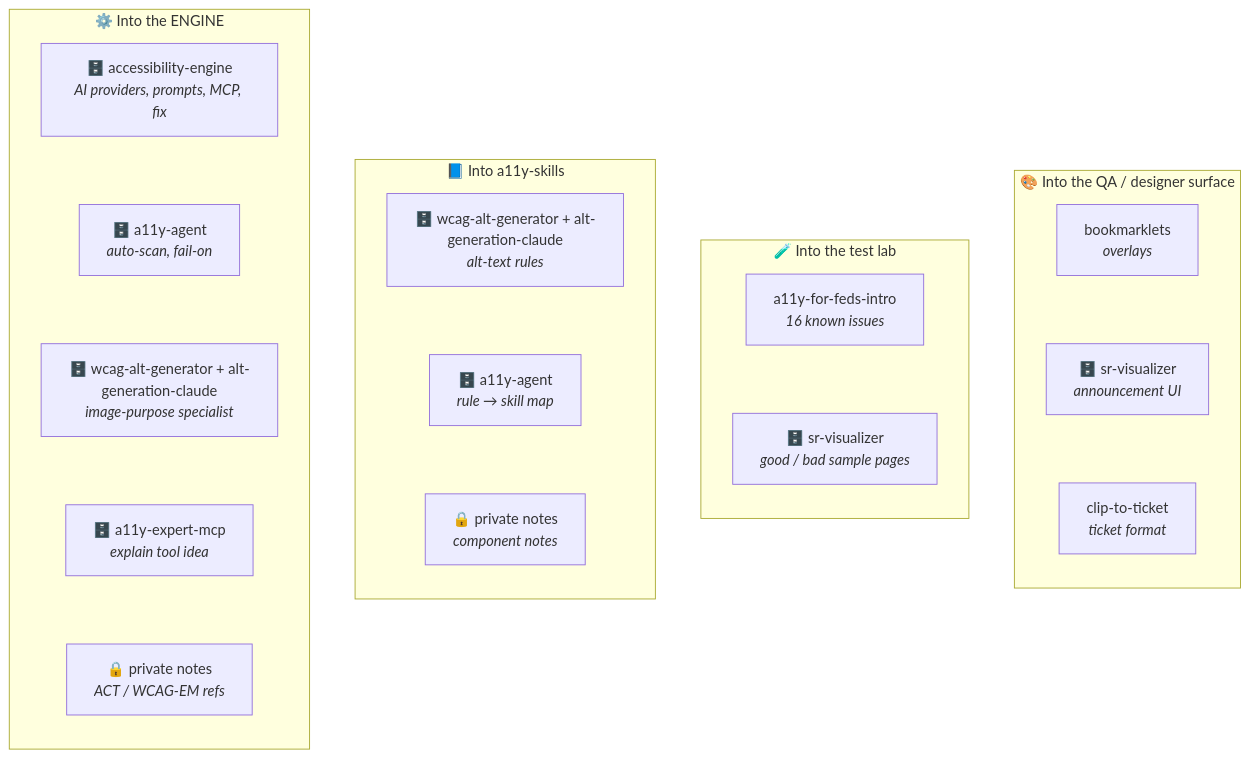
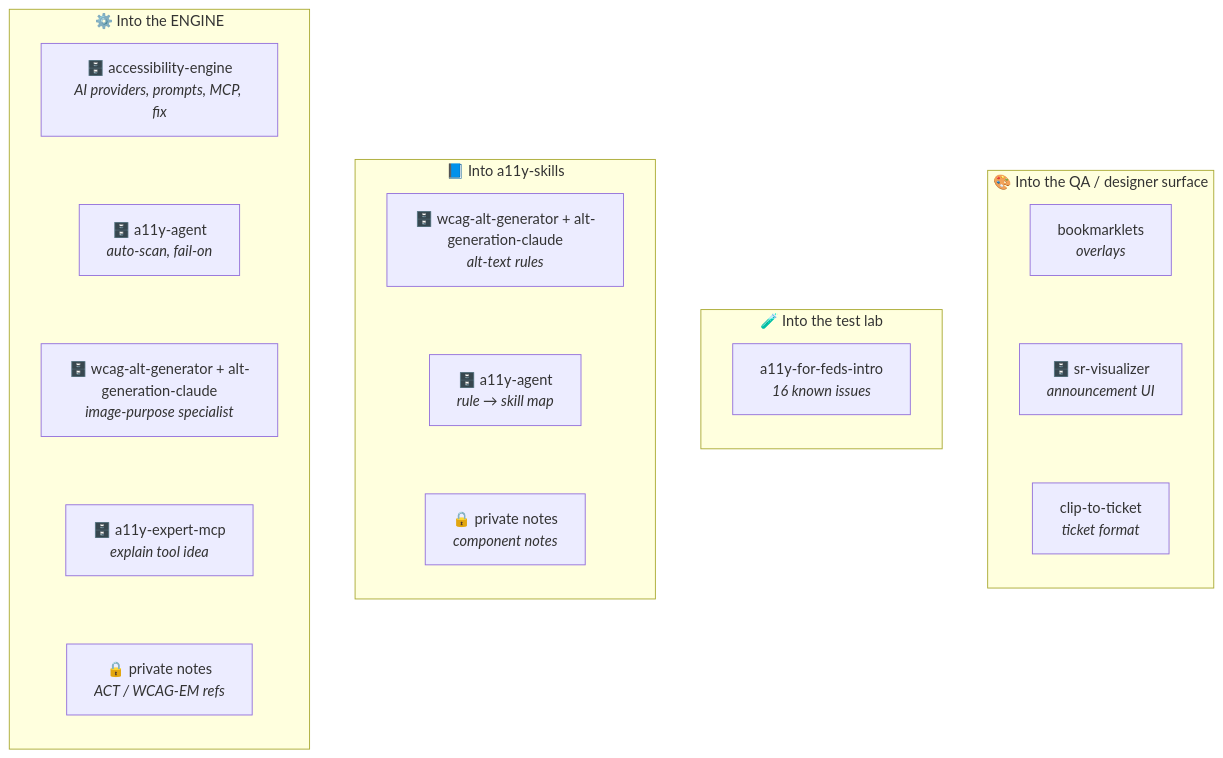
The third of 3 diagrams in docs/MASTER-PLAN.md (Elizabeth1979/accessibility-evidence-engine), drawn with Mermaid before and after one commit. The commit also changed other lines of this file and 9 other files, not shown here.

First line of the commit message:
Master plan 2.1: the a11y-for-feds-intro workshop page joins the test lab (#26)

````diff
--- a/docs/MASTER-PLAN.md
+++ b/docs/MASTER-PLAN.md
@@ -66,20 +66,20 @@
 ```mermaid
 flowchart LR
   subgraph ENG["⚙️ Into the ENGINE"]
     direction TB
     e1["🗄️ accessibility-engine<br/><i>AI providers, prompts, MCP, fix</i>"] ~~~ e2["🗄️ a11y-agent<br/><i>auto-scan, fail-on</i>"] ~~~ e3["🗄️ wcag-alt-generator + alt-generation-claude<br/><i>image-purpose specialist</i>"] ~~~ e4["🗄️ a11y-expert-mcp<br/><i>explain tool idea</i>"] ~~~ e5["🔒 private notes<br/><i>ACT / WCAG-EM refs</i>"]
   end
   subgraph SKL["📘 Into a11y-skills"]
     direction TB
     k1["🗄️ wcag-alt-generator + alt-generation-claude<br/><i>alt-text rules</i>"] ~~~ k2["🗄️ a11y-agent<br/><i>rule → skill map</i>"] ~~~ k3["🔒 private notes<br/><i>component notes</i>"]
   end
   subgraph LAB["🧪 Into the test lab"]
     direction TB
-    l1["a11y-for-feds-intro<br/><i>16 known issues</i>"] ~~~ l2["🗄️ sr-visualizer<br/><i>good / bad sample pages</i>"]
+    l1["a11y-for-feds-intro<br/><i>16 known issues</i>"]
   end
   subgraph QA["🎨 Into the QA / designer surface"]
     direction TB
     q1["bookmarklets<br/><i>overlays</i>"] ~~~ q2["🗄️ sr-visualizer<br/><i>announcement UI</i>"] ~~~ q3["clip-to-ticket<br/><i>ticket format</i>"]
   end
   ENG ~~~ SKL ~~~ LAB ~~~ QA
 ```
````
